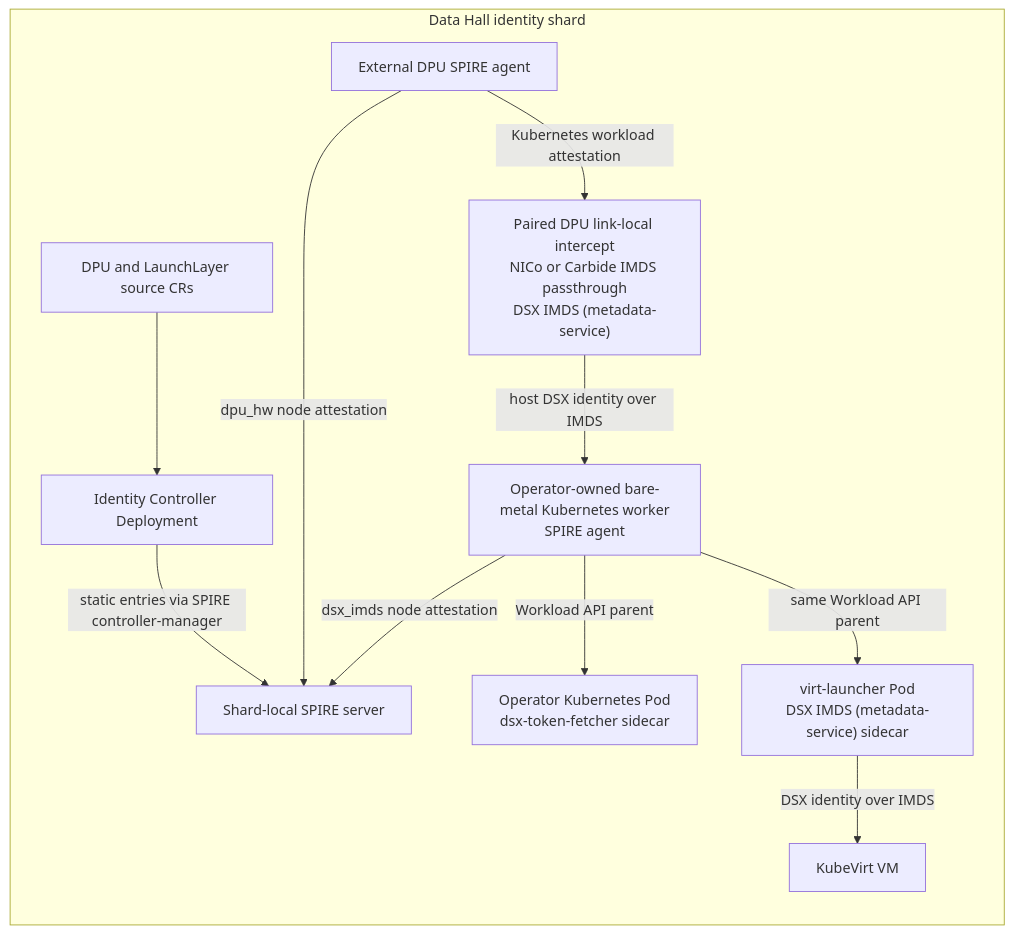
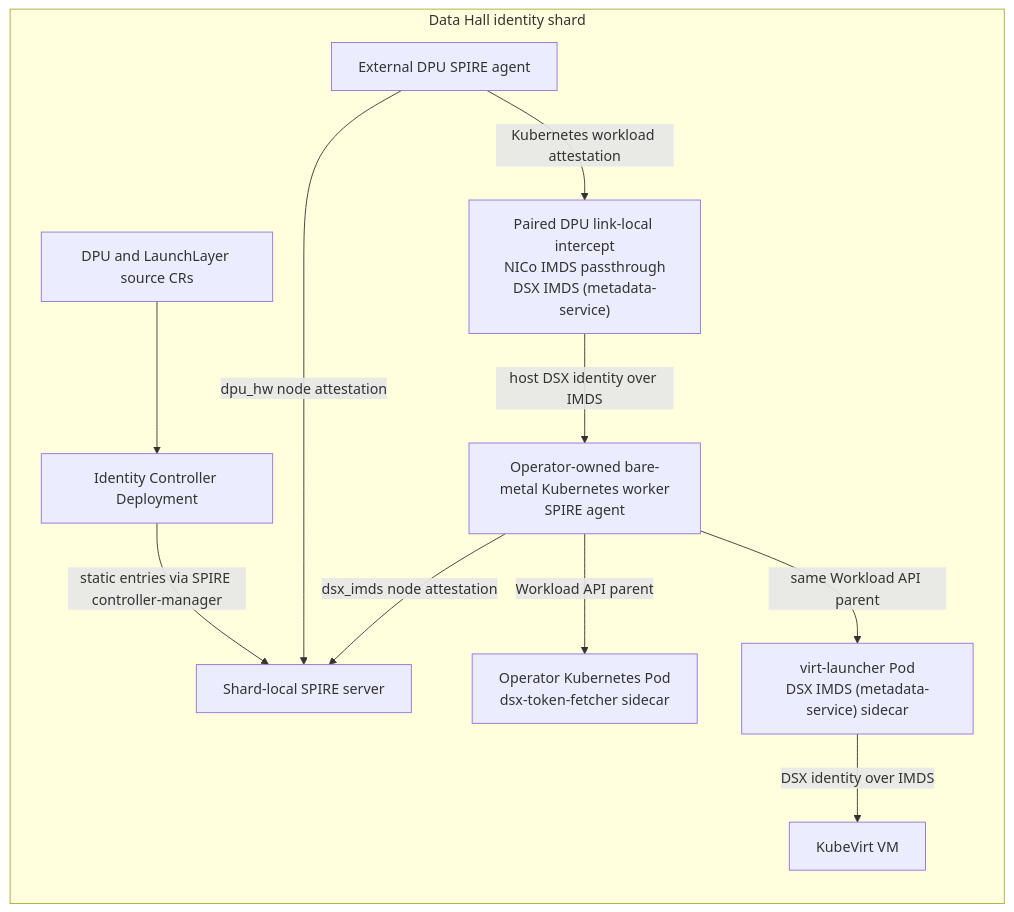
Before and after one commit to dsx-ai-factory/nvidia-workload-identity: the first of 4 diagrams in README.md, drawn with Mermaid. The commit also changed other lines of this file and 6 other files, not shown here.

Commit message:
fix(NO-REF): document NICo as the IMDS passthrough

````diff
--- a/README.md
+++ b/README.md
@@ -85,25 +85,25 @@
 ```mermaid
 flowchart TB
   subgraph Shard["Data Hall identity shard"]
     direction TB
     Sources["DPU and LaunchLayer source CRs"]
     Controller["Identity Controller Deployment"]
     SPIRE["Shard-local SPIRE server"]
     DPU["External DPU SPIRE agent"]
-    MDS["Paired DPU link-local intercept<br/>NICo or Carbide IMDS passthrough<br/>DSX IMDS (metadata-service)"]
+    MDS["Paired DPU link-local intercept<br/>NICo IMDS passthrough<br/>DSX IMDS (metadata-service)"]
     Host["Operator-owned bare-metal Kubernetes worker<br/>SPIRE agent"]
     Pod["Operator Kubernetes Pod<br/>dsx-token-fetcher sidecar"]
     VMHost["virt-launcher Pod<br/>DSX IMDS (metadata-service) sidecar"]
     VM["KubeVirt VM"]
 
     Sources --> Controller
     Controller -->|"static entries via SPIRE controller-manager"| SPIRE
     DPU -->|"dpu_hw node attestation"| SPIRE
     DPU -->|"Kubernetes workload attestation"| MDS
     MDS -->|"host DSX identity over IMDS"| Host
     Host -->|"dsx_imds node attestation"| SPIRE
     Host -->|"Workload API parent"| Pod
     Host -->|"same Workload API parent"| VMHost
     VMHost -->|"DSX identity over IMDS"| VM
   end
 ```
````
